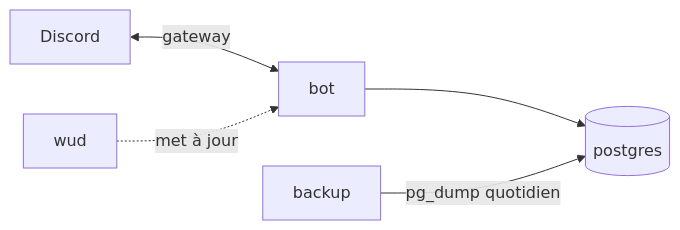
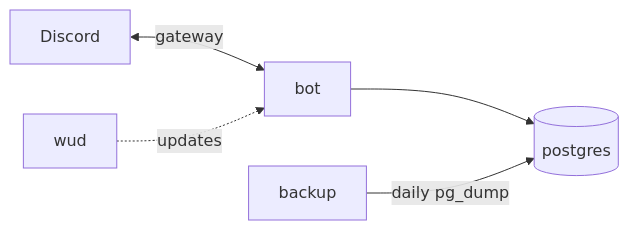
Before and after one commit to LeoBdt/ARCHIVE-9: the diagram in docs/ARCHITECTURE.md, drawn with Mermaid. The commit also changed other lines of this file and 5 other files, not shown here.

````diff
--- a/docs/ARCHITECTURE.md
+++ b/docs/ARCHITECTURE.md
@@ -5,7 +5,7 @@
 ```mermaid
 flowchart LR
   D[Discord] <-->|gateway| BOT[bot]
   BOT --> PG[(postgres)]
-  BK[backup] -->|pg_dump quotidien| PG
-  WUD[wud] -.met à jour.-> BOT
+  BK[backup] -->|daily pg_dump| PG
+  WUD[wud] -.updates.-> BOT
 ```
````
